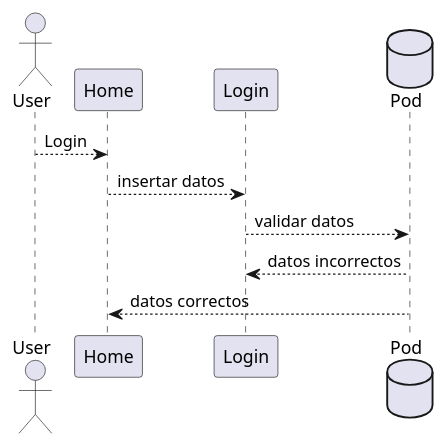
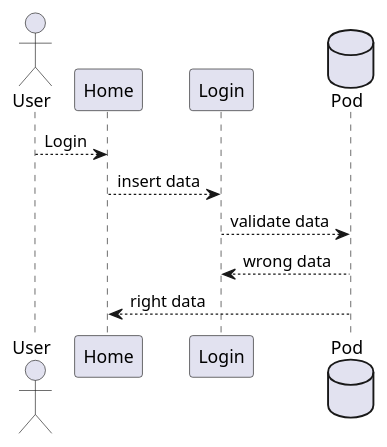
Before and after one commit to Arquisoft/dede_es3b: the first of 2 diagrams in docs/06_runtime_view.adoc, drawn with PlantUML. The commit also changed other lines of this file, not shown here.

First line of the commit message:
Diagrama de secuencia sign up

```diff
--- a/docs/06_runtime_view.adoc
+++ b/docs/06_runtime_view.adoc
@@ -42,12 +42,12 @@
 [plantuml,"Sequence diagram",png]
 ----
 actor User
 participant "Home"
 participant "Login"
 database Pod
 User --> "Home": Login
-"Home" --> "Login": insertar datos
-"Login" --> Pod : validar datos
-Pod --> "Login": datos incorrectos
-Pod --> "Home": datos correctos
+"Home" --> "Login": insert data
+"Login" --> Pod : validate data
+Pod --> "Login": wrong data
+Pod --> "Home": right data
 ----
```
